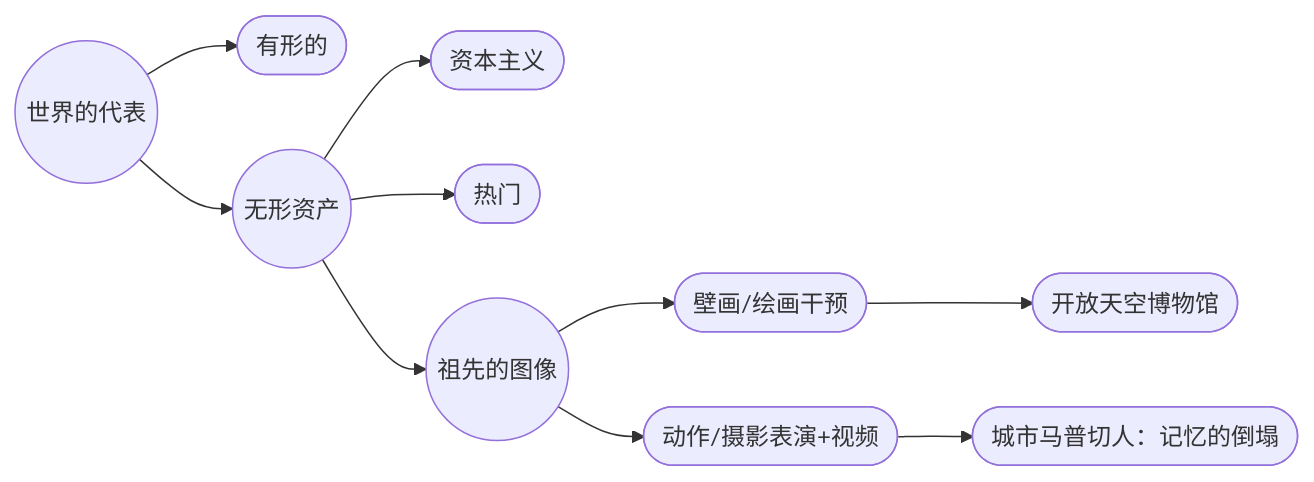
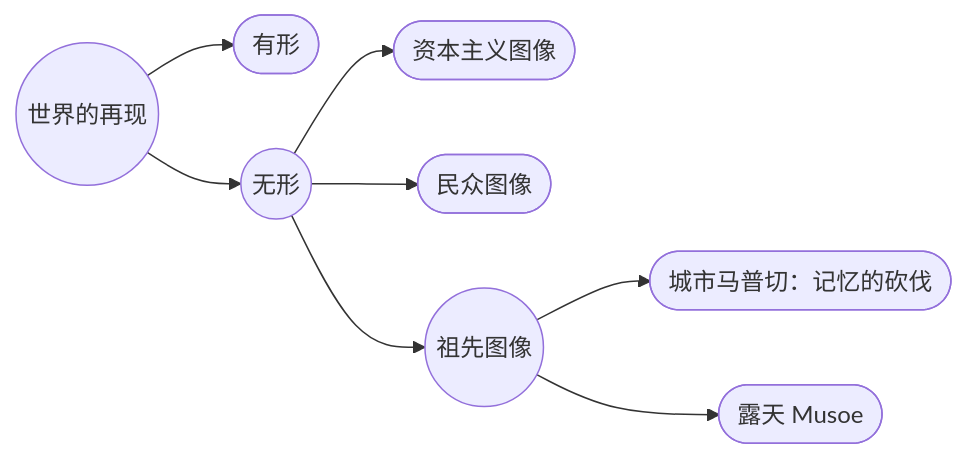
The diagram in CHN/imagenes-ancestros.md (EGGS-Artesvisuales/EGGS-Artesvisuales.github.io), drawn with Mermaid before and after one commit. The commit also changed other lines of this file and 77 other files, not shown here.

```diff
--- a/CHN/imagenes-ancestros.md
+++ b/CHN/imagenes-ancestros.md
@@ -23,34 +18,18 @@
 <div class="mermaid">
-graph LR
-  A((世界的代表)) --> T([有形的])
-  A --> I((无形资产))
-
-  I --> C([资本主义])
-  I --> P([热门])
-  I --> AN((祖先的图像))
-
-  %% Contenedores por medio
-  AN --> AN_M([壁画/绘画干预])
-  AN --> AN_A([动作/摄影表演+视频])
-
-  %% Obras
-  AN_M --> MCA([开放天空博物馆])
-  AN_A --> MU([城市马普切人：记忆的倒塌])
-
-  %% Links (是)
-  click A "/CHN/mundo-exterior.html" "前往世界代表"
-  click T "/CHN/tangible.html" "走向有形"
-  click I "/CHN/intangible.html" "走向无形"
-
-  click C "/CHN/imagenes-capitalismo.html" "走向资本主义"
-  click P "/CHN/imagenes-popular.html" "前往热门"
-  click AN "/CHN/imagenes-ancestros.html" "前往祖先画像"
-
-  %% Contenedores (建设中)
-  click AN_M "/CHN/en-construccion.html" "建设中"
-  click AN_A "/CHN/en-construccion.html" "建设中"
-
-  %% Obras
-  click MCA "/CHN/musoe-a-cielo-abierto.html" "前往 Open Sky Musoe（开发中）"
-  click MU "/CHN/mapuche-urbano.html" "前往马普切市区"
+flowchart LR
+  A((世界的再现)) --> T([有形])
+  A --> I((无形))
+  I --> C([资本主义图像])
+  I --> P([民众图像])
+  I --> AN((祖先图像))
+  AN --> TA([城市马普切：记忆的砍伐])
+  AN --> MU([露天 Musoe])
+  click A "/CHN/mundo-exterior.html" "前往世界的再现"
+  click T "/CHN/tangible.html" "前往有形"
+  click I "/CHN/intangible.html" "前往无形"
+  click C "/CHN/imagenes-capitalismo.html" "前往资本主义图像"
+  click P "/CHN/imagenes-popular.html" "前往民众图像"
+  click AN "/CHN/imagenes-ancestros.html" "您在这里"
+  click TA "/CHN/mapuche-urbano.html" "前往记忆的砍伐"
+  click MU "/CHN/musoe-a-cielo-abierto.html" "前往露天 Musoe"
 </div>
```
